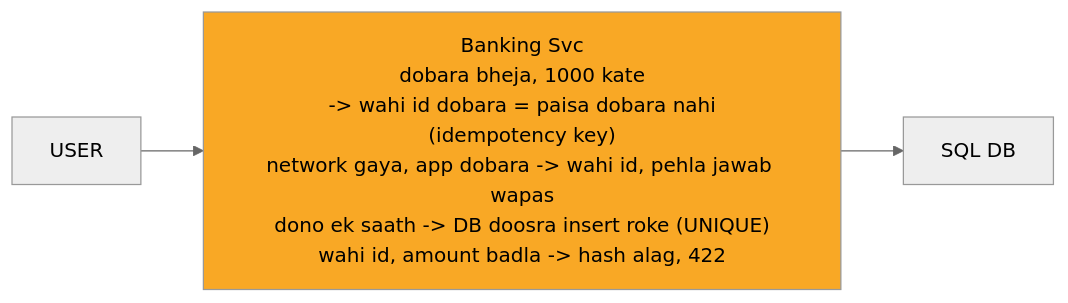
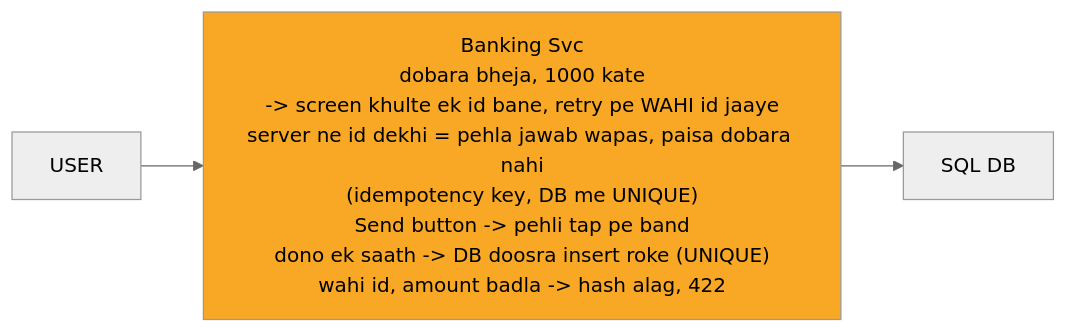
One commit to ArpanMaheshwari144/Prep changed the third of 13 diagrams in 04_HLD/SYSTEM_DESIGNS/13_banking_system/13_banking_system.md. Above: the diagram before and after it, drawn with Mermaid (neutral theme). The commit also changed other lines of this file, not shown here.

Commit message:
banking card 1-2: dabbe me definition (transaction / idempotency key), neeche DIKKAT + HAL hataya (pilot)

````diff
--- a/04_HLD/SYSTEM_DESIGNS/13_banking_system/13_banking_system.md
+++ b/04_HLD/SYSTEM_DESIGNS/13_banking_system/13_banking_system.md
@@ -119,10 +115,10 @@
 ```mermaid
 %%{init: {"flowchart": {"wrappingWidth": 450}}}%%
 flowchart LR
     n_USER["USER"]
-    n_SVC["Banking Svc<br/>dobara bheja, 1000 kate<br/>-> wahi id dobara = paisa dobara nahi<br/>(idempotency key)<br/>network gaya, app dobara -> wahi id, pehla jawab wapas<br/>dono ek saath -> DB doosra insert roke (UNIQUE)<br/>wahi id, amount badla -> hash alag, 422"]
+    n_SVC["Banking Svc<br/>dobara bheja, 1000 kate<br/>-> screen khulte ek id bane, retry pe WAHI id jaaye<br/>server ne id dekhi = pehla jawab wapas, paisa dobara nahi<br/>(idempotency key, DB me UNIQUE)<br/>Send button -> pehli tap pe band<br/>dono ek saath -> DB doosra insert roke (UNIQUE)<br/>wahi id, amount badla -> hash alag, 422"]
     n_DB["SQL DB"]
     n_USER --> n_SVC
     n_SVC --> n_DB
     style n_SVC fill:#f9a825,color:#000
 ```
````
